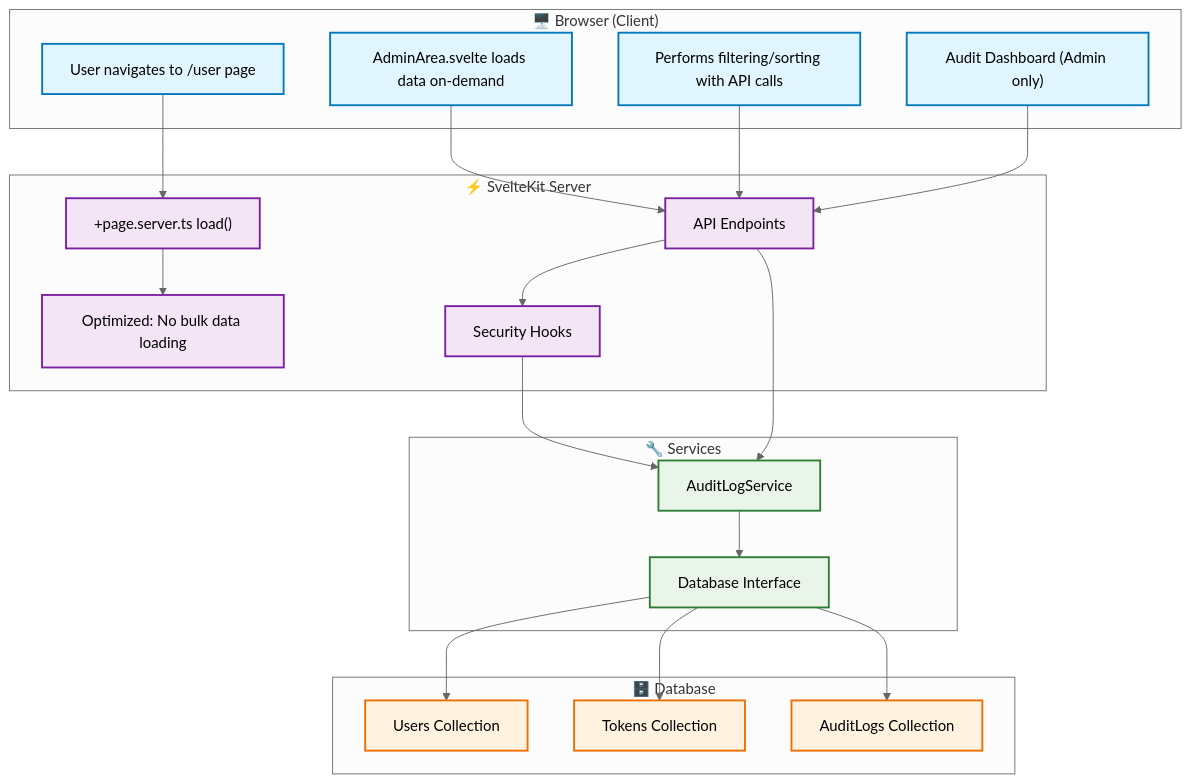
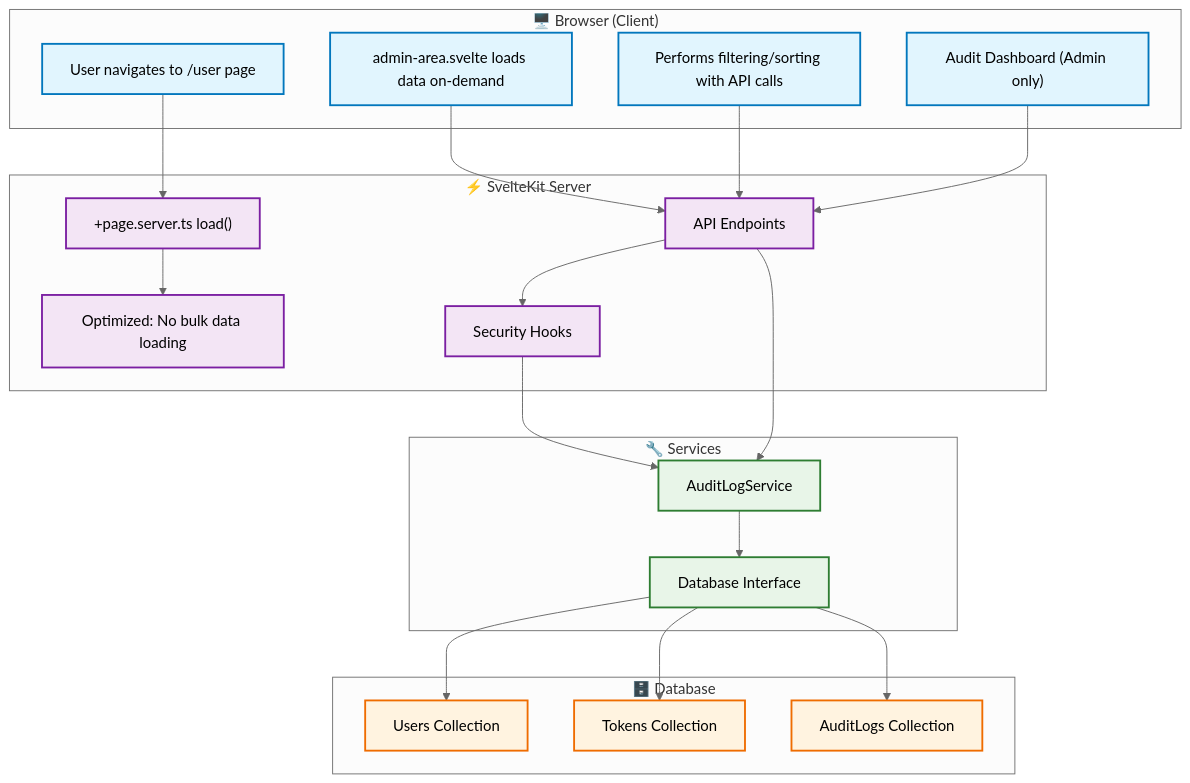
The diagram in docs/architecture/user-management-overview.mdx (SveltyCMS/SveltyCMS), drawn with Mermaid before and after one commit. The commit also changed other lines of this file and 353 other files, not shown here.

````diff
--- a/docs/architecture/user-management-overview.mdx
+++ b/docs/architecture/user-management-overview.mdx
@@ -129,63 +129,63 @@
 ```mermaid
 %%{ init: { 'theme': 'neutral' } }%%
 graph TD
     subgraph Browser["🖥️ Browser (Client)"]
         A["User navigates to /user page"]
-        D["AdminArea.svelte loads data on-demand"]
+        D["admin-area.svelte loads data on-demand"]
         E["Performs filtering/sorting with API calls"]
         F["Audit Dashboard (Admin only)"]
     end
 
     subgraph Server["⚡ SvelteKit Server"]
         B["+page.server.ts load()"]
         C["Optimized: No bulk data loading"]
         H["API Endpoints"]
         I["Security Hooks"]
     end
 
     subgraph Services["🔧 Services"]
         J["AuditLogService"]
         K["Database Interface"]
     end
 
     subgraph Database["🗄️ Database"]
         L[Users Collection]
         M[Tokens Collection]
         N[AuditLogs Collection]
     end
 
     %% Navigation flow
     A --> B
     B --> C
 
     %% Admin area data loading
     D --> H
     E --> H
 
     %% Audit dashboard access
     F --> H
 
     %% Security and audit flow
     H --> I
     I --> J
 
     %% Database operations
     J --> K
     K --> L
     K --> M
     K --> N
 
     %% Additional audit logging
     H --> J
 
     %% Styling
     classDef browserStyle fill:#e1f5fe,stroke:#0277bd,stroke-width:2px
     classDef serverStyle fill:#f3e5f5,stroke:#7b1fa2,stroke-width:2px
     classDef serviceStyle fill:#e8f5e8,stroke:#2e7d32,stroke-width:2px
     classDef dbStyle fill:#fff3e0,stroke:#ef6c00,stroke-width:2px
 
     class A,D,E,F browserStyle
     class B,C,H,I serverStyle
     class J,K serviceStyle
     class L,M,N dbStyle
 ```
````
